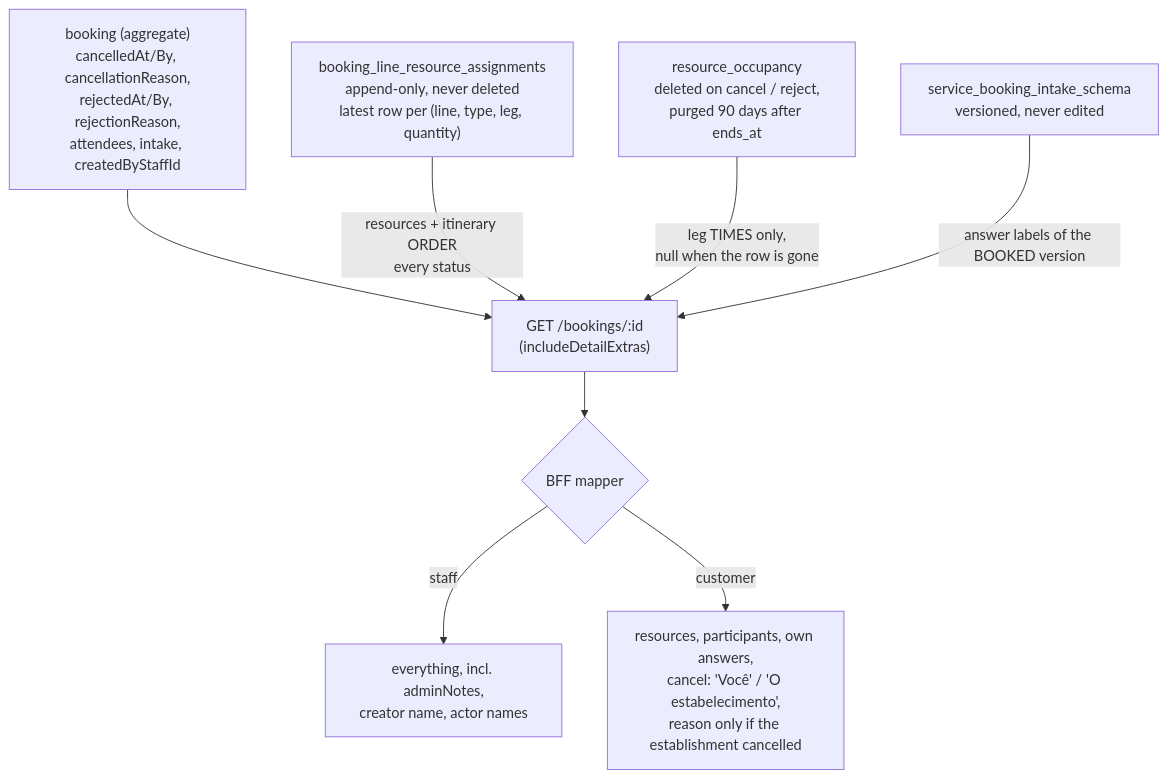
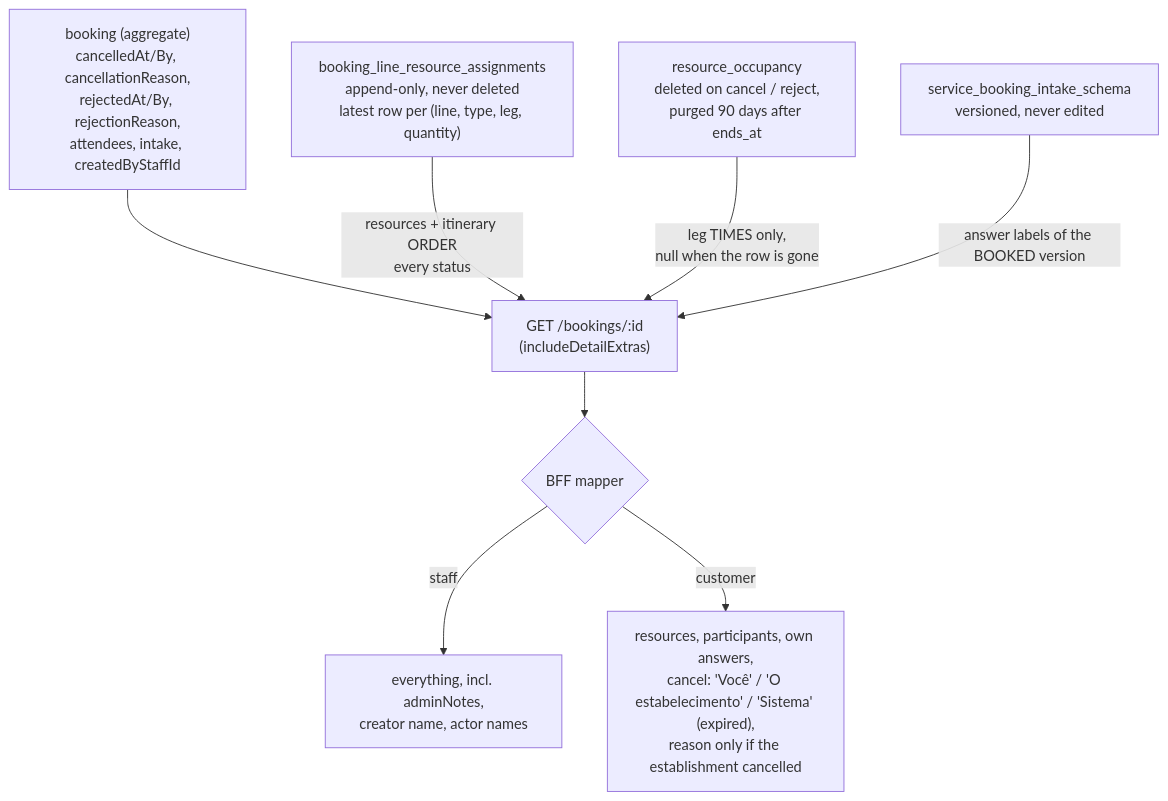
Before and after one commit to lmmoreira/ikaro: diagram 11 of 11 in docs/27-BUSINESS_LOGIC_REFERENCE.md, drawn with Mermaid. The commit also changed other lines of this file and 2 other files, not shown here.

Commit message:
docs: describe the booking hold expiry (TD51) where docs/27 and the M23 wrap-up still said it was not enforced

````diff
--- a/docs/27-BUSINESS_LOGIC_REFERENCE.md
+++ b/docs/27-BUSINESS_LOGIC_REFERENCE.md
@@ -596,10 +596,10 @@
 ```mermaid
 flowchart TD
     Booking["booking (aggregate)<br/>cancelledAt/By, cancellationReason,<br/>rejectedAt/By, rejectionReason,<br/>attendees, intake, createdByStaffId"] --> Detail
     Assign["booking_line_resource_assignments<br/>append-only, never deleted<br/>latest row per (line, type, leg, quantity)"] -->|"resources + itinerary ORDER<br/>every status"| Detail
     Occ["resource_occupancy<br/>deleted on cancel / reject,<br/>purged 90 days after ends_at"] -->|"leg TIMES only,<br/>null when the row is gone"| Detail
     Schema["service_booking_intake_schema<br/>versioned, never edited"] -->|"answer labels of the BOOKED version"| Detail
     Detail["GET /bookings/:id<br/>(includeDetailExtras)"] --> BFF{"BFF mapper"}
     BFF -->|staff| Staff["everything, incl. adminNotes,<br/>creator name, actor names"]
-    BFF -->|customer| Cust["resources, participants, own answers,<br/>cancel: 'Você' / 'O estabelecimento',<br/>reason only if the establishment cancelled"]
+    BFF -->|customer| Cust["resources, participants, own answers,<br/>cancel: 'Você' / 'O estabelecimento' / 'Sistema' (expired),<br/>reason only if the establishment cancelled"]
 ```
````
